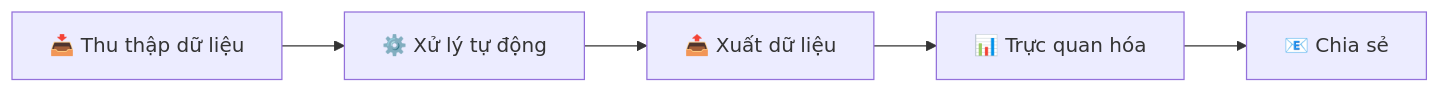
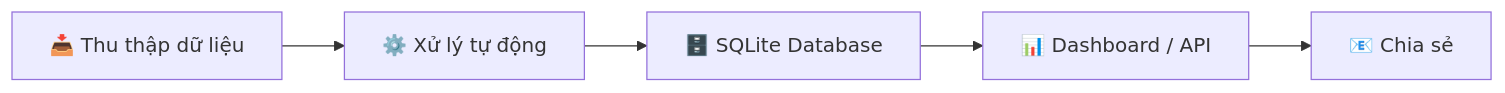
The diagram in Readme.md (CVF-Ecosystem/tdr_processor-container-2026), drawn with Mermaid before and after one commit. The commit also changed other lines of this file and 24 other files, not shown here.

````diff
--- a/Readme.md
+++ b/Readme.md
@@ -38,7 +45,7 @@
 ```mermaid
 graph LR
     A[📥 Thu thập dữ liệu] --> B[⚙️ Xử lý tự động]
-    B --> C[📤 Xuất dữ liệu]
-    C --> D[📊 Trực quan hóa]
+    B --> C[🗄️ SQLite Database]
+    C --> D[📊 Dashboard / API]
     D --> E[📧 Chia sẻ]
 ```
````
